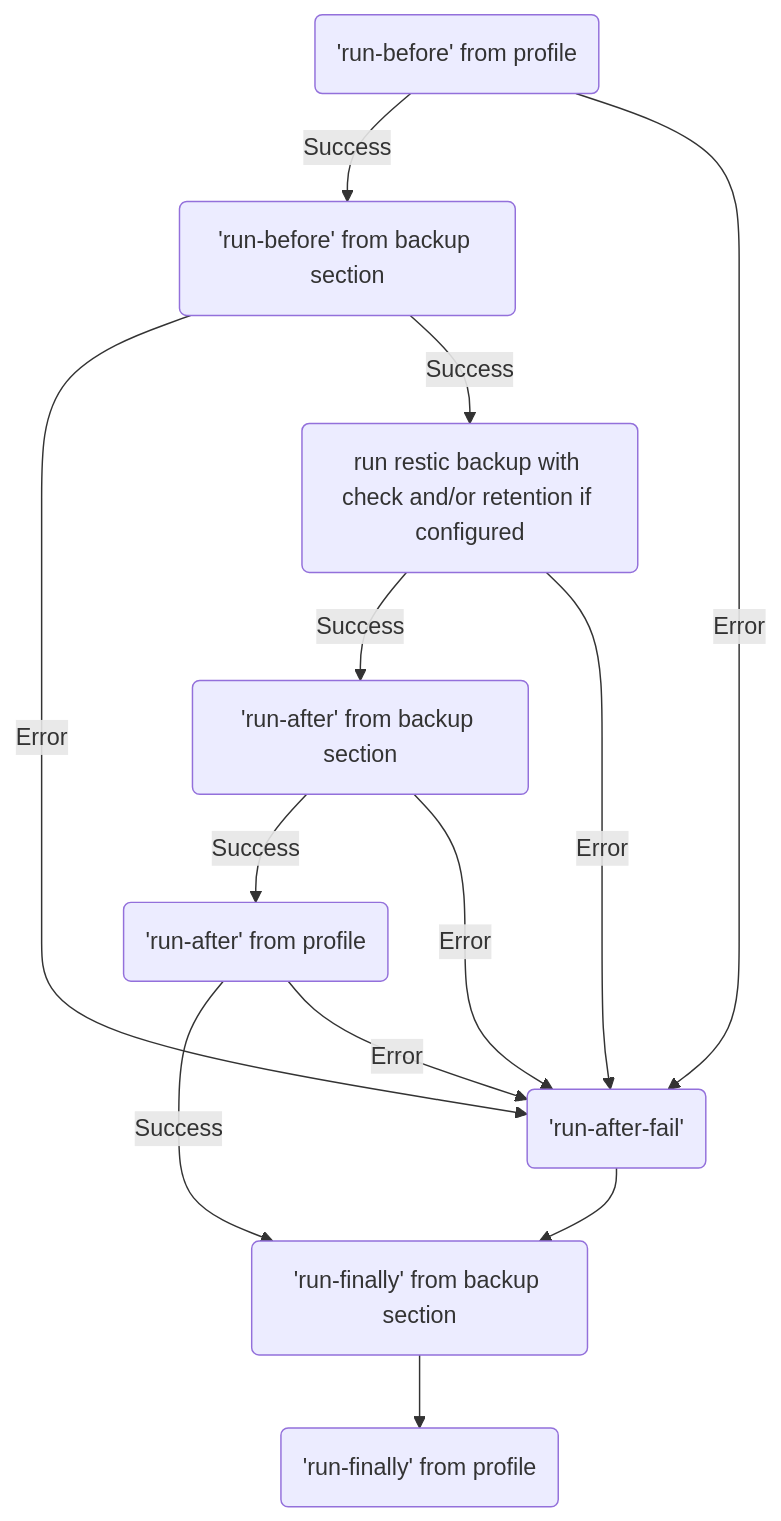
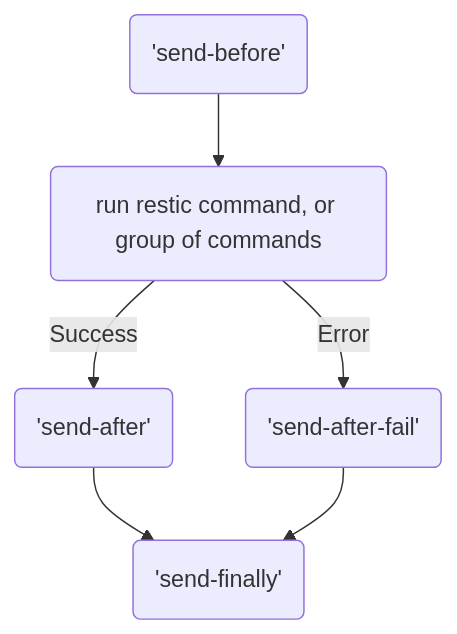
Before and after one commit to creativeprojects/resticprofile: the diagram in docs/content/configuration/http_hooks/index.md, drawn with Mermaid. The commit also changed other lines of this file, not shown here.

````diff
--- a/docs/content/configuration/http_hooks/index.md
+++ b/docs/content/configuration/http_hooks/index.md
@@ -158,19 +305,10 @@
 ```mermaid
 graph TD
-    PRB('run-before' from profile) -->|Success| BRB('run-before' from backup section)
-    PRB -->|Error| FAIL('run-after-fail')
-    BRB -->|Error| FAIL('run-after-fail')
-    BRB -->|Success| RUN(run restic backup with check and/or retention if configured)
-    RUN -->|Success| BRA
-    RUN -->|Error| FAIL('run-after-fail')
-    BRA('run-after' from backup section)
-    BRA -->|Success| PRA
-    BRA -->|Error| FAIL('run-after-fail')
-    PRA('run-after' from profile)
-    PRA -->|Success| BRF
-    PRA -->|Error| FAIL('run-after-fail')
-    BRF('run-finally' from backup section)
-    BRF --> PRF
-    PRF('run-finally' from profile)
-    FAIL --> BRF
+  SB('send-before') --> RUN
+  RUN(run restic command, or group of commands)
+  RUN -->|Success| SA
+  RUN -->|Error| SAF
+  SA('send-after') --> SF
+  SAF('send-after-fail') --> SF
+  SF('send-finally')
 ```
````
